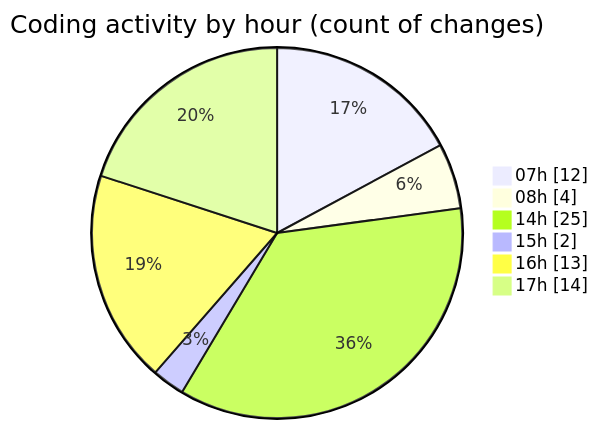
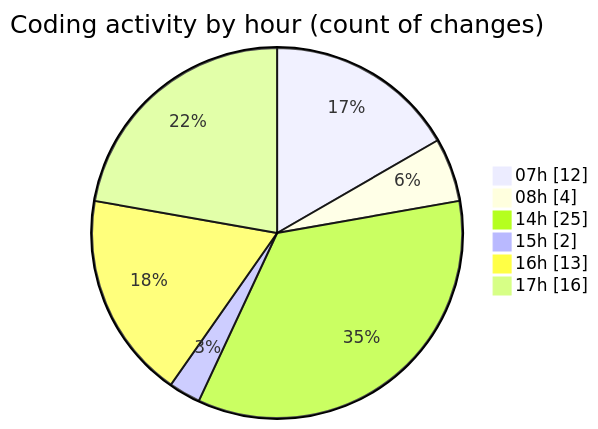
One commit to robertbonfada/code-tracking changed the second of 2 diagrams in 2025-01-09/mbc-web/README.md. Above: the diagram before and after it, drawn with Mermaid. The commit also changed other lines of this file and 1 other file, not shown here.

````diff
--- a/2025-01-09/mbc-web/README.md
+++ b/2025-01-09/mbc-web/README.md
@@ -40,10 +40,10 @@
 ```mermaid
 pie showData
 title Coding activity by hour (count of changes)
 "07h" : 12
 "08h" : 4
 "14h" : 25
 "15h" : 2
 "16h" : 13
-"17h" : 14
+"17h" : 16
 ```
````
